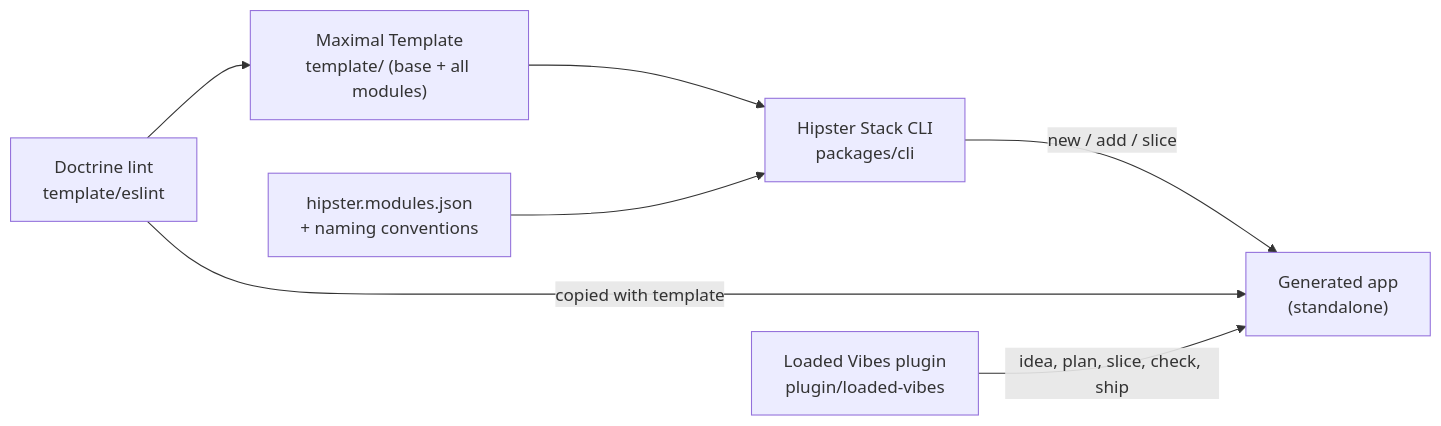
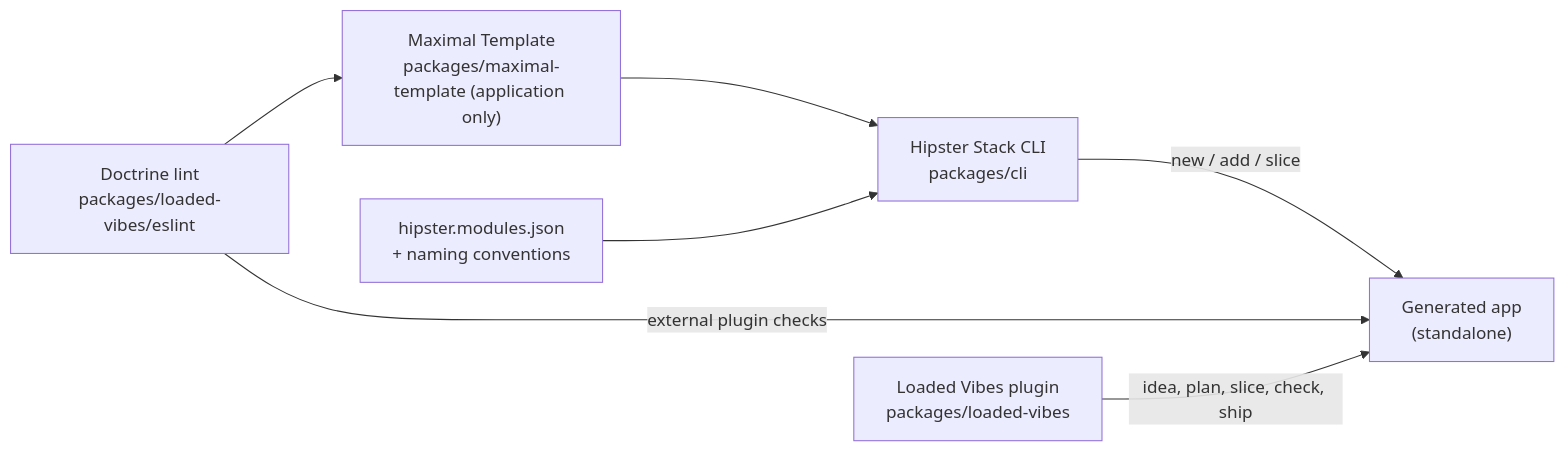
One commit to DigitalHerencia/CodependentCoding changed the first of 2 diagrams in context/docs/Architecture.md. Above: the diagram before and after it, drawn with Mermaid. The commit also changed other lines of this file and 1074 other files, not shown here.

Commit message:
refactor(factory): separate generator plugin and SaaS packages

````diff
--- a/context/docs/Architecture.md
+++ b/context/docs/Architecture.md
@@ -14,16 +14,16 @@
 ```mermaid
 flowchart LR
-  T["Maximal Template<br/>template/ (base + all modules)"]
+  T["Maximal Template<br/>packages/maximal-template (application only)"]
   M["hipster.modules.json<br/>+ naming conventions"]
   C["Hipster Stack CLI<br/>packages/cli"]
   A["Generated app<br/>(standalone)"]
-  P["Loaded Vibes plugin<br/>plugin/loaded-vibes"]
-  L["Doctrine lint<br/>template/eslint"]
+  P["Loaded Vibes plugin<br/>packages/loaded-vibes"]
+  L["Doctrine lint<br/>packages/loaded-vibes/eslint"]
 
   T --> C
   M --> C
   C -->|new / add / slice| A
   L --> T
-  L -->|copied with template| A
+  L -->|external plugin checks| A
   P -->|idea, plan, slice, check, ship| A
 ```
````
